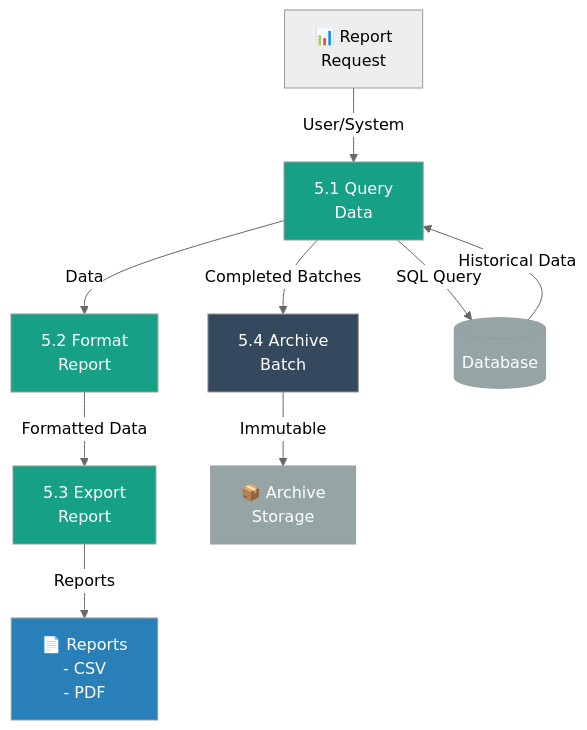
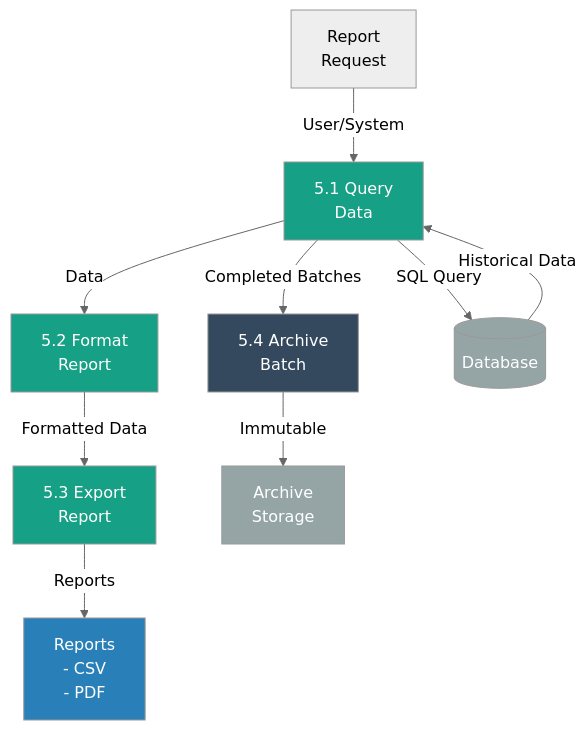
One commit to AbraImani/Authmed_Backend_intern changed the seventh of 7 diagrams in docs/architecture/data-flow-diagrams.md. Above: the diagram before and after it, drawn with Mermaid (neutral theme). The commit also changed other lines of this file and 27 other files, not shown here.

Commit message:
docs: remove emojis, translate to English, standardize diagrams and remove color styles

````diff
--- a/docs/architecture/data-flow-diagrams.md
+++ b/docs/architecture/data-flow-diagrams.md
@@ -249,35 +239,35 @@
 ```mermaid
 graph TD
-    Request["📊 Report<br/>Request"]
+    Request["Report<br/>Request"]
     
     Query["5.1 Query<br/>Data"]
     
     Format["5.2 Format<br/>Report"]
     
     Export["5.3 Export<br/>Report"]
     
     Archive["5.4 Archive<br/>Batch"]
     
     DB[(Database)]
-    Reports["📄 Reports<br/>- CSV<br/>- PDF"]
-    Archive_Store["📦 Archive<br/>Storage"]
+    Reports["Reports<br/>- CSV<br/>- PDF"]
+    Archive_Store["Archive<br/>Storage"]
     
     Request -->|User/System| Query
     Query -->|SQL Query| DB
     DB -->|Historical Data| Query
     
     Query -->|Data| Format
     Format -->|Formatted Data| Export
     Export -->|Reports| Reports
     
     Query -->|Completed Batches| Archive
     Archive -->|Immutable| Archive_Store
     
     style Query fill:#16a085,color:#fff
     style Format fill:#16a085,color:#fff
     style Export fill:#16a085,color:#fff
     style Archive fill:#34495e,color:#fff
     style DB fill:#95a5a6,color:#fff
     style Reports fill:#2980b9,color:#fff
     style Archive_Store fill:#95a5a6,color:#fff
 ```
````
